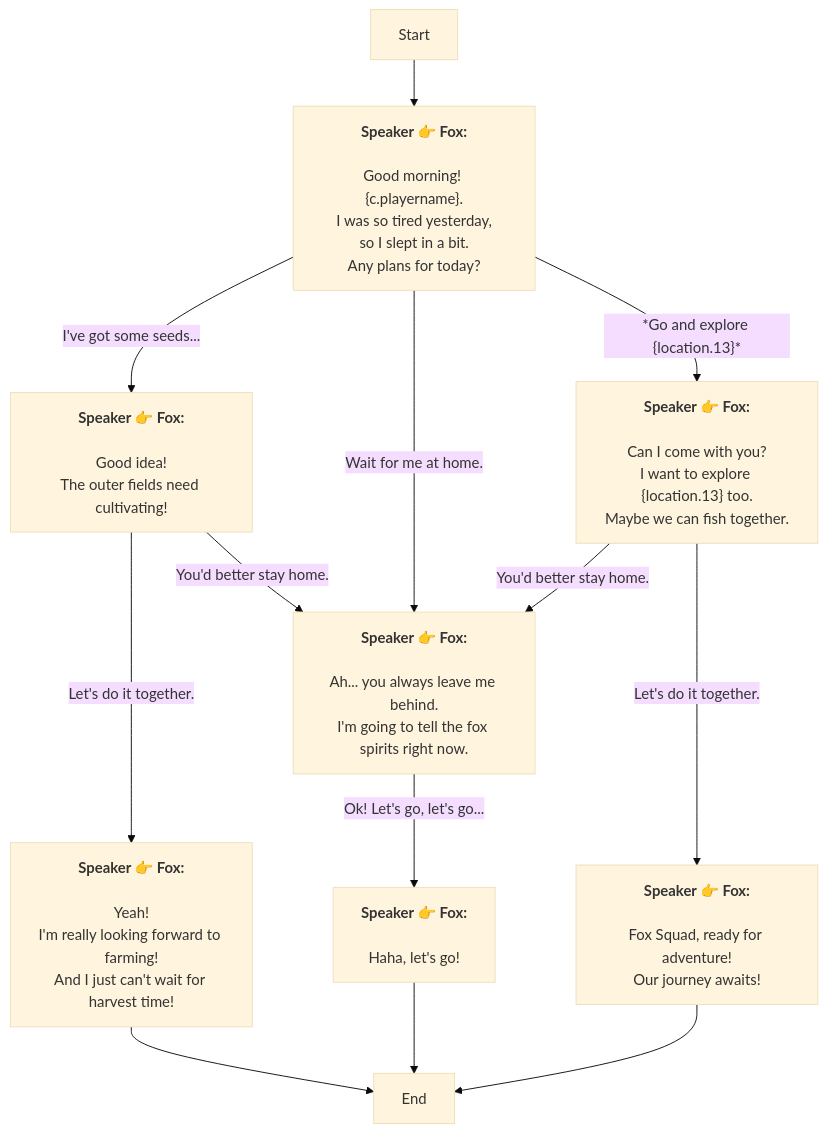
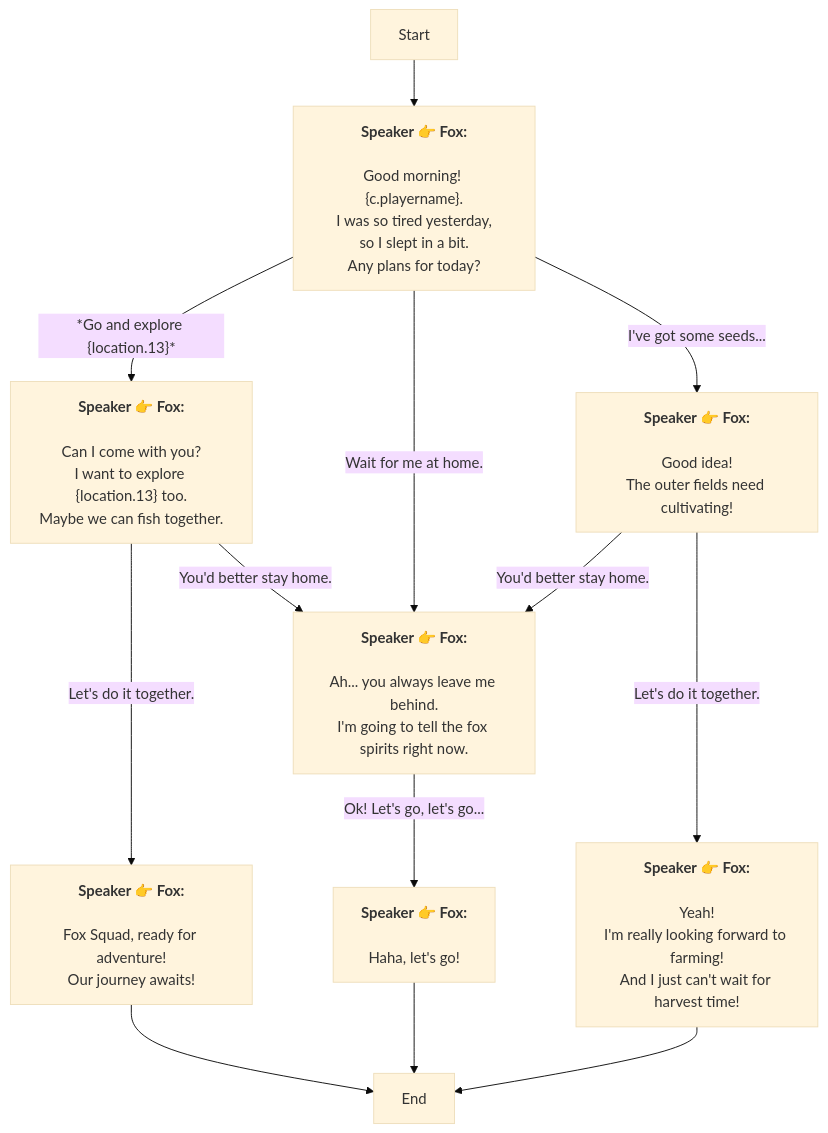
The diagram in En/QuestTalkObjectiveNode_1738535630978160.md (SoftHu/tos_avg), drawn with Mermaid (base theme) before and after one commit. The commit also changed other lines of this file and 780 other files, not shown here.

````diff
--- a/En/QuestTalkObjectiveNode_1738535630978160.md
+++ b/En/QuestTalkObjectiveNode_1738535630978160.md
@@ -1,36 +1,36 @@
 ```mermaid
 graph
 Start -->1738536455094394[<b>Speaker 👉 Fox:</b>
 \nGood morning! &lbrace;c.playername&rbrace;.
 I was so tired yesterday,
 so I slept in a bit.\nAny plans for today?]
-1738536455094394 -->|I've got some seeds...|1738536700192898[<b>Speaker 👉 Fox:</b>
-\nGood idea!
-The outer fields need cultivating!]
-1738536455094394 -->|Wait for me at home.|1738536768908425[<b>Speaker 👉 Fox:</b>
-\nAh... you always leave me behind.
-I'm going to tell the fox spirits right now.]
 1738536455094394 -->|*Go and explore &lbrace;location.13&rbrace;*|1738537311769740[<b>Speaker 👉 Fox:</b>
 \nCan I come with you?
 I want to explore &lbrace;location.13&rbrace; too.
 Maybe we can fish together.]
+1738536455094394 -->|Wait for me at home.|1738536768908425[<b>Speaker 👉 Fox:</b>
+\nAh... you always leave me behind.
+I'm going to tell the fox spirits right now.]
+1738536455094394 -->|I've got some seeds...|1738536700192898[<b>Speaker 👉 Fox:</b>
+\nGood idea!
+The outer fields need cultivating!]
+1738536700192898 -->|You'd better stay home.|1738536768908425[<b>Speaker 👉 Fox:</b>
+\nAh... you always leave me behind.
+I'm going to tell the fox spirits right now.]
 1738536700192898 -->|Let's do it together.|1738536759971976[<b>Speaker 👉 Fox:</b>
 \nYeah!
 I'm really looking forward to farming!
 And I just can't wait for harvest time!]
-1738536700192898 -->|You'd better stay home.|1738536768908425[<b>Speaker 👉 Fox:</b>
-\nAh... you always leave me behind.
-I'm going to tell the fox spirits right now.]
 1738536759971976 -->1738536081685624[End]
 1738536768908425 -->|Ok! Let's go, let's go...|1751470531146036[<b>Speaker 👉 Fox:</b>
 \nHaha, let's go!]
 1751470531146036 -->1738536081685624[End]
+1738537311769740 -->|Let's do it together.|1738537387244689[<b>Speaker 👉 Fox:</b>
+\nFox Squad, ready for adventure!
+Our journey awaits!]
 1738537311769740 -->|You'd better stay home.|1738536768908425[<b>Speaker 👉 Fox:</b>
 \nAh... you always leave me behind.
 I'm going to tell the fox spirits right now.]
-1738537311769740 -->|Let's do it together.|1738537387244689[<b>Speaker 👉 Fox:</b>
-\nFox Squad, ready for adventure!
-Our journey awaits!]
 1738537387244689 -->1738536081685624[End]
 
 ```
````
